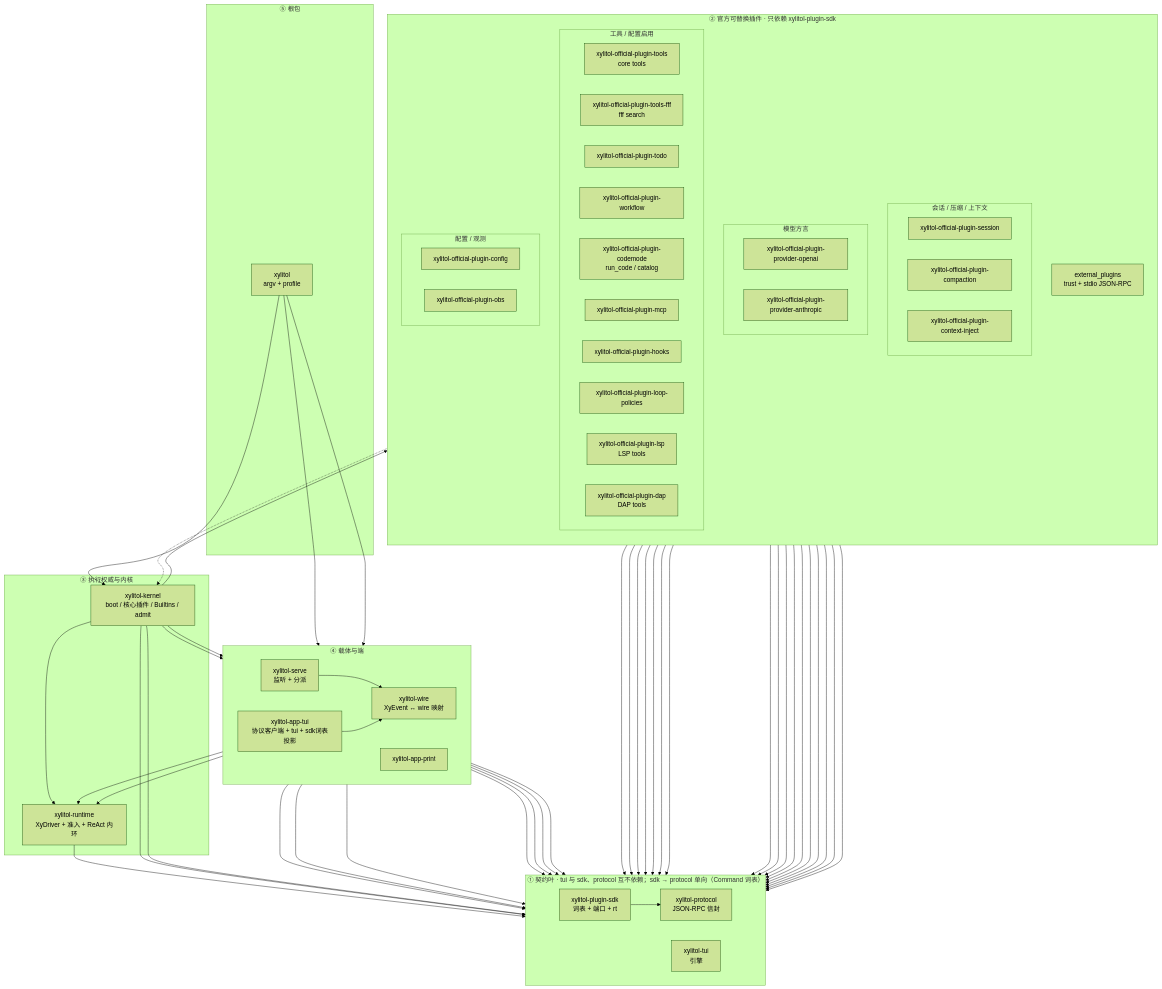
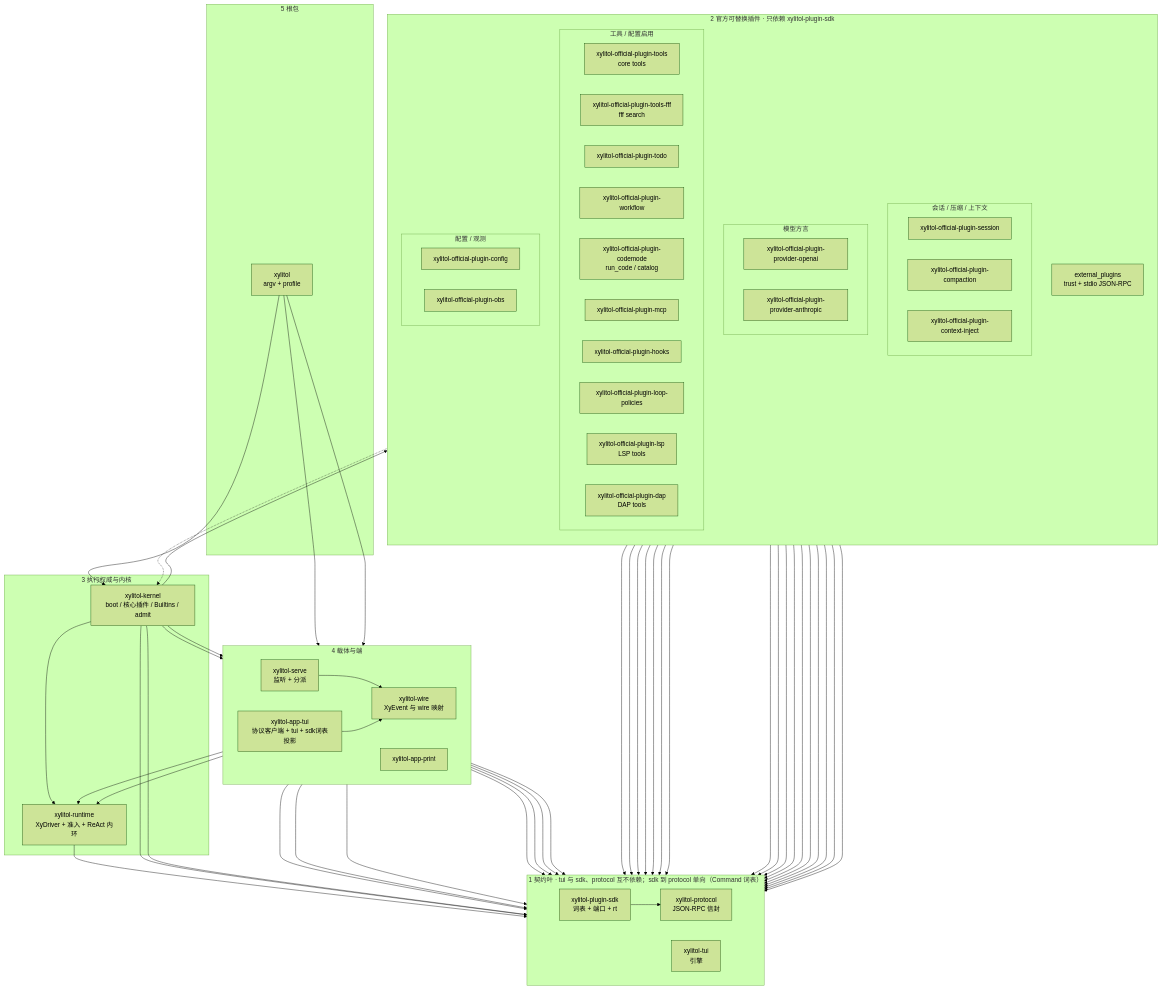
Before and after one commit to StrayDragon/xylitol: the first of 2 diagrams in src/AGENTS.md, drawn with Mermaid (forest theme). The commit also changed other lines of this file and 7 other files, not shown here.

````diff
--- a/src/AGENTS.md
+++ b/src/AGENTS.md
@@ -27,13 +15,13 @@
 ```mermaid
 flowchart TB
-  subgraph contracts["① 契约叶 · tui 与 sdk、protocol 互不依赖；sdk → protocol 单向（Command 词表）"]
+  subgraph contracts["1 契约叶 · tui 与 sdk、protocol 互不依赖；sdk 到 protocol 单向（Command 词表）"]
     direction LR
     xylitol_plugin_sdk["xylitol-plugin-sdk<br/>词表 + 端口 + rt"]
     xylitol_protocol["xylitol-protocol<br/>JSON-RPC 信封"]
     xylitol_tui["xylitol-tui<br/>引擎"]
   end
 
-  subgraph plugins["② 官方可替换插件 · 只依赖 xylitol-plugin-sdk"]
+  subgraph plugins["2 官方可替换插件 · 只依赖 xylitol-plugin-sdk"]
     direction TB
     subgraph plugins_loop["会话 / 压缩 / 上下文"]
       direction LR
@@ -67,20 +55,20 @@
     xylitol_external_plugins["external_plugins<br/>trust + stdio JSON-RPC"]
   end
 
-  subgraph exec["③ 执行权威与内核"]
+  subgraph exec["3 执行权威与内核"]
     xylitol_runtime["xylitol-runtime<br/>XyDriver + 准入 + ReAct 内环"]
     xylitol_kernel["xylitol-kernel<br/>boot / 核心插件 / Builtins / admit"]
   end
 
-  subgraph surfaces["④ 载体与端"]
+  subgraph surfaces["4 载体与端"]
     direction LR
-    xylitol_wire["xylitol-wire<br/>XyEvent ↔ wire 映射"]
+    xylitol_wire["xylitol-wire<br/>XyEvent 与 wire 映射"]
     xylitol_serve["xylitol-serve<br/>监听 + 分派"]
     xylitol_app_print["xylitol-app-print"]
     xylitol_app_tui["xylitol-app-tui<br/>协议客户端 + tui + sdk词表投影"]
   end
 
-  subgraph root["⑤ 根包"]
+  subgraph root["5 根包"]
     xylitol["xylitol<br/>argv + profile"]
   end
 
````
